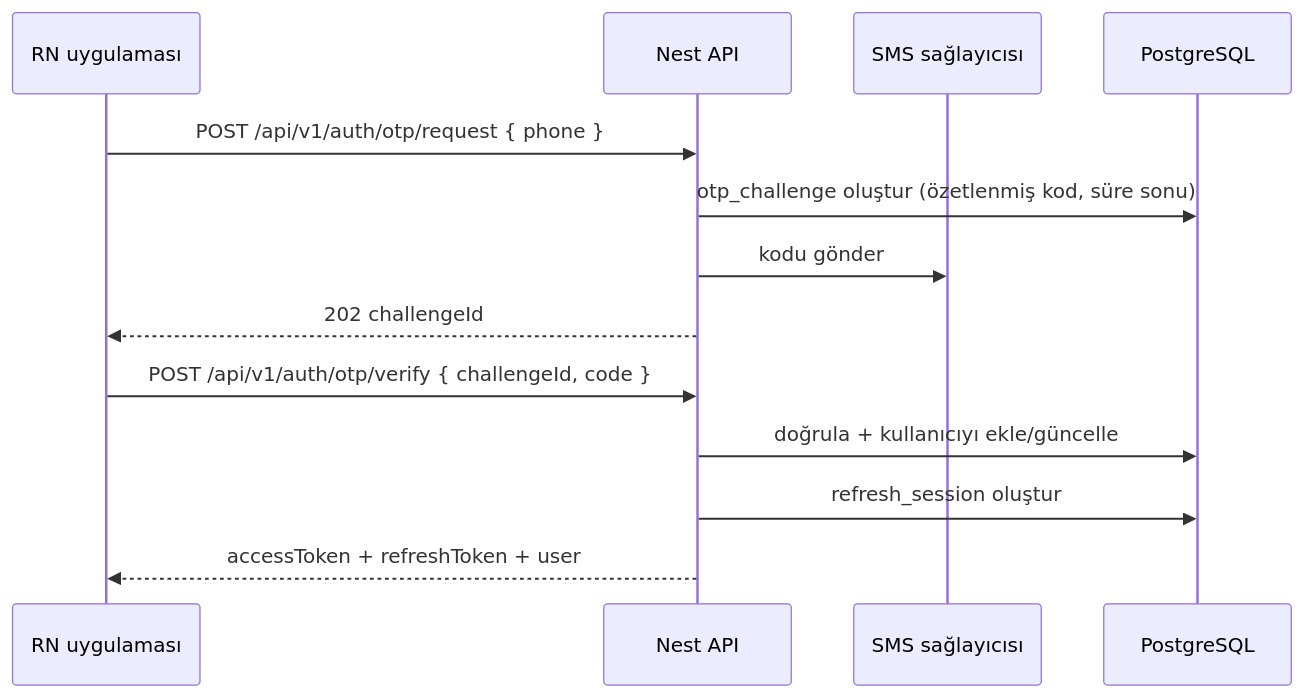
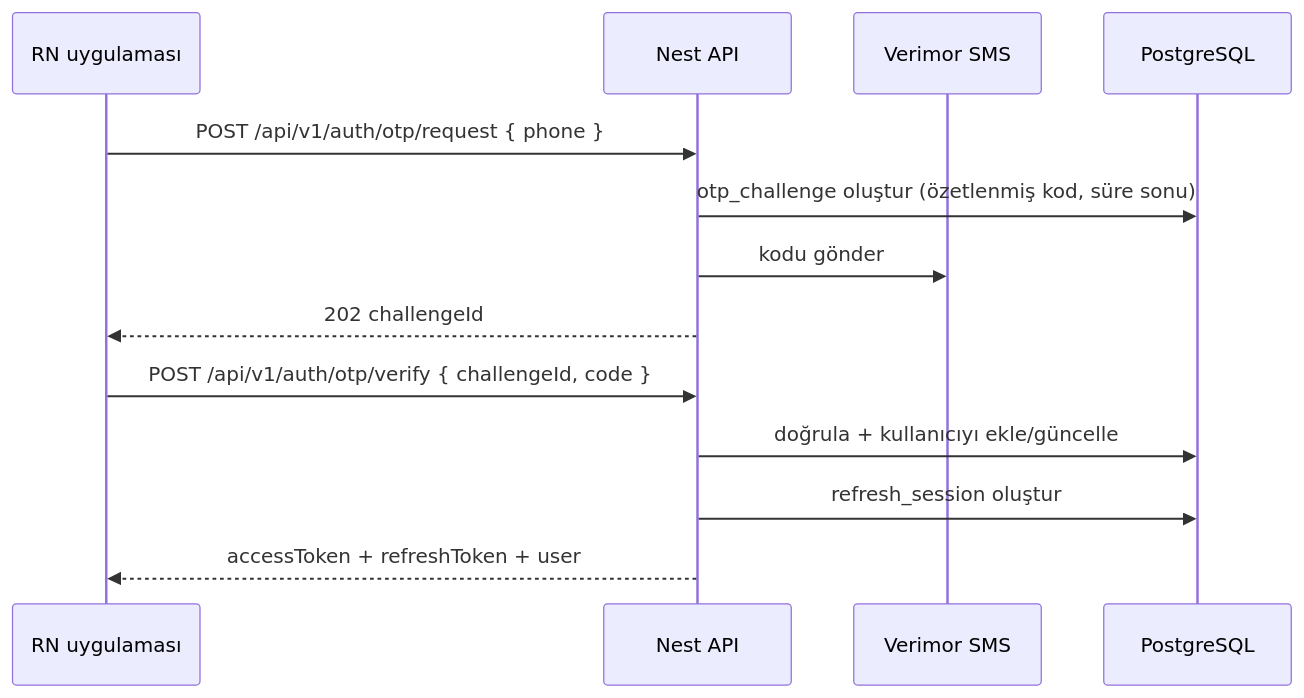
The diagram in PartonYeniMimari/backend/07-auth-security.md (suleymanoruc01/newStructure), drawn with Mermaid before and after one commit. The commit also changed other lines of this file and 161 other files, not shown here.

```diff
--- a/PartonYeniMimari/backend/07-auth-security.md
+++ b/PartonYeniMimari/backend/07-auth-security.md
@@ -19,15 +19,15 @@
 ~~~mermaid
 sequenceDiagram
   participant App as RN uygulaması
   participant API as Nest API
-  participant SMS as SMS sağlayıcısı
+  participant SMS as Verimor SMS
   participant DB as PostgreSQL
   App->>API: POST /api/v1/auth/otp/request { phone }
   API->>DB: otp_challenge oluştur (özetlenmiş kod, süre sonu)
   API->>SMS: kodu gönder
   API-->>App: 202 challengeId
   App->>API: POST /api/v1/auth/otp/verify { challengeId, code }
   API->>DB: doğrula + kullanıcıyı ekle/güncelle
   API->>DB: refresh_session oluştur
   API-->>App: accessToken + refreshToken + user
 ~~~
```
